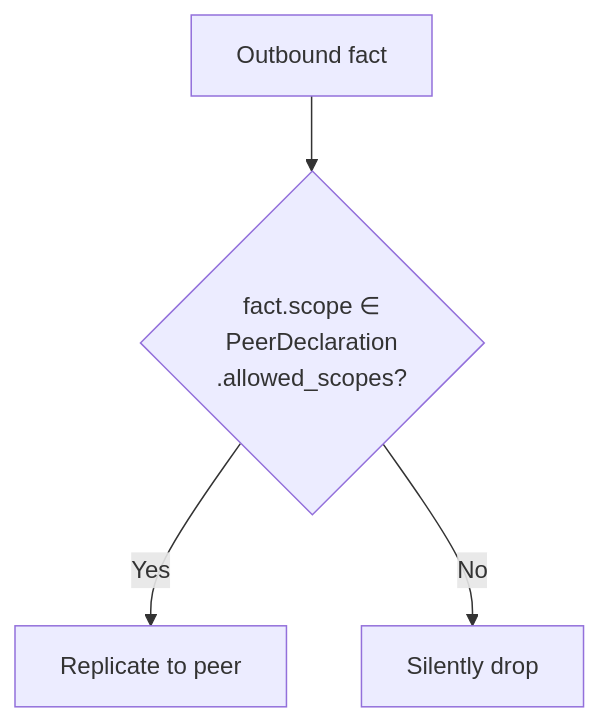
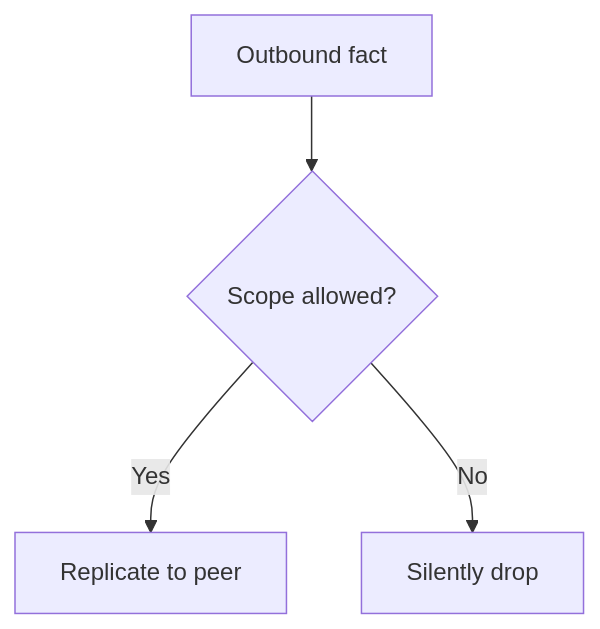
The third of 3 diagrams in docs/versioned_docs/version-v1.1/reference/architecture/federated-network.md (eidetic-labs/stigmem), drawn with Mermaid before and after one commit. The commit also changed 4 other files, not shown here.

````diff
--- a/docs/versioned_docs/version-v1.1/reference/architecture/federated-network.md
+++ b/docs/versioned_docs/version-v1.1/reference/architecture/federated-network.md
@@ -66,11 +66,11 @@
 ```mermaid
 flowchart TB
     Fact["Outbound fact"]
-    Check{"fact.scope ∈\nPeerDeclaration\n.allowed_scopes?"}
+    Check{"Scope allowed?"}
     Send["Replicate to peer"]
     Drop["Silently drop"]
 
     Fact --> Check
     Check -- "Yes" --> Send
     Check -- "No" --> Drop
 ```
````
